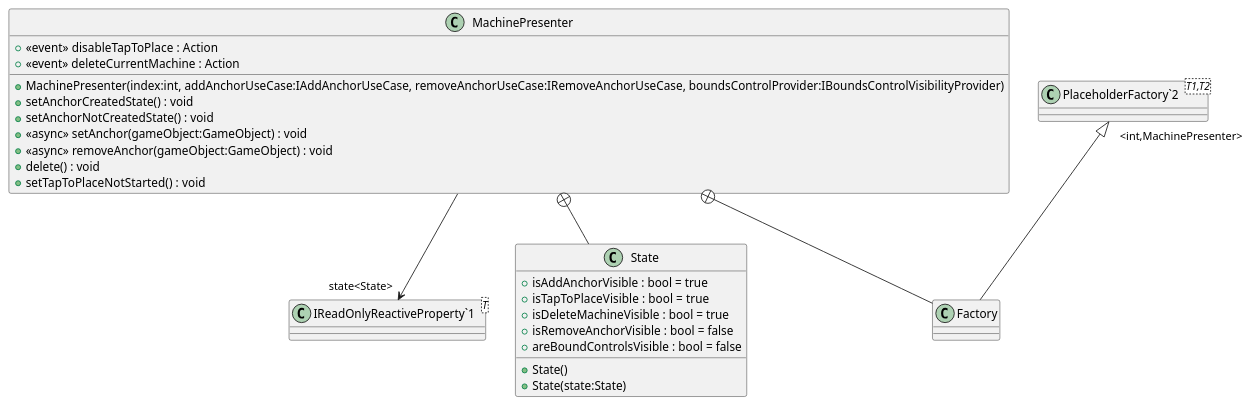
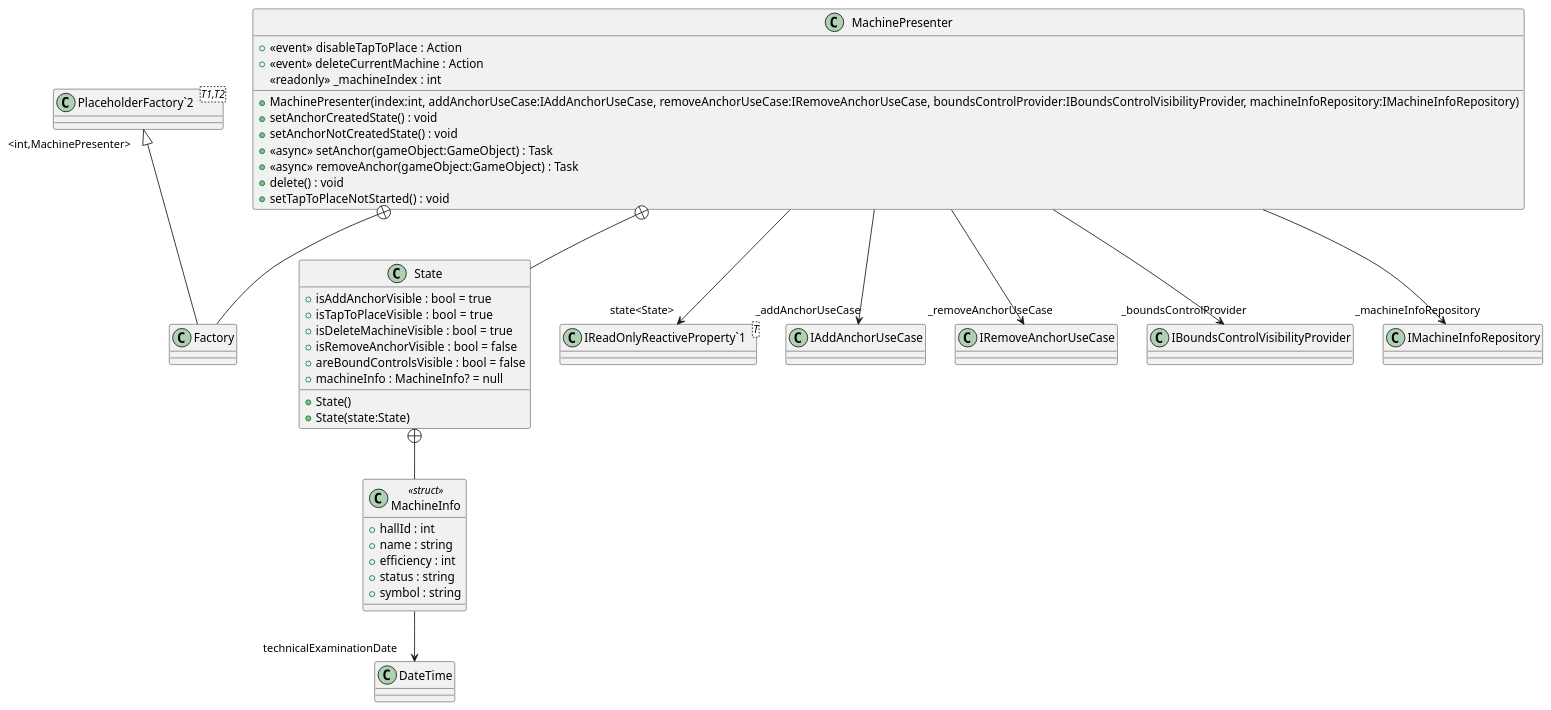
Before and after one commit to DeNatur/ProductionFloorVisualization: the diagram in UML/presenters/MachinePresenter.puml, drawn with PlantUML. The commit also changed 7 other files, not shown here.

Commit message:
Generate UML (Generate UML)

```diff
--- a/UML/presenters/MachinePresenter.puml
+++ b/UML/presenters/MachinePresenter.puml
@@ -1,32 +1,47 @@
 @startuml
 class MachinePresenter {
-    + MachinePresenter(index:int, addAnchorUseCase:IAddAnchorUseCase, removeAnchorUseCase:IRemoveAnchorUseCase, boundsControlProvider:IBoundsControlVisibilityProvider)
     +  <<event>> disableTapToPlace : Action 
     +  <<event>> deleteCurrentMachine : Action 
+    <<readonly>> _machineIndex : int
+    + MachinePresenter(index:int, addAnchorUseCase:IAddAnchorUseCase, removeAnchorUseCase:IRemoveAnchorUseCase, boundsControlProvider:IBoundsControlVisibilityProvider, machineInfoRepository:IMachineInfoRepository)
     + setAnchorCreatedState() : void
     + setAnchorNotCreatedState() : void
-    + <<async>> setAnchor(gameObject:GameObject) : void
-    + <<async>> removeAnchor(gameObject:GameObject) : void
+    + <<async>> setAnchor(gameObject:GameObject) : Task
+    + <<async>> removeAnchor(gameObject:GameObject) : Task
     + delete() : void
     + setTapToPlaceNotStarted() : void
-}
-class "IReadOnlyReactiveProperty`1"<T> {
-}
-class Factory {
 }
 class State {
     + isAddAnchorVisible : bool = true
     + isTapToPlaceVisible : bool = true
     + isDeleteMachineVisible : bool = true
     + isRemoveAnchorVisible : bool = false
     + areBoundControlsVisible : bool = false
+    + machineInfo : MachineInfo? = null
     + State()
     + State(state:State)
+}
+class "IReadOnlyReactiveProperty`1"<T> {
+}
+class Factory {
+}
+class MachineInfo <<struct>> {
+    + hallId : int
+    + name : string
+    + efficiency : int
+    + status : string
+    + symbol : string
 }
 class "PlaceholderFactory`2"<T1,T2> {
 }
 MachinePresenter --> "state<State>" "IReadOnlyReactiveProperty`1"
+MachinePresenter --> "_addAnchorUseCase" IAddAnchorUseCase
+MachinePresenter --> "_removeAnchorUseCase" IRemoveAnchorUseCase
+MachinePresenter --> "_boundsControlProvider" IBoundsControlVisibilityProvider
+MachinePresenter --> "_machineInfoRepository" IMachineInfoRepository
+MachinePresenter +-- State
 MachinePresenter +-- Factory
 "PlaceholderFactory`2" "<int,MachinePresenter>" <|-- Factory
-MachinePresenter +-- State
+State +-- MachineInfo
+MachineInfo --> "technicalExaminationDate" DateTime
 @enduml
```
